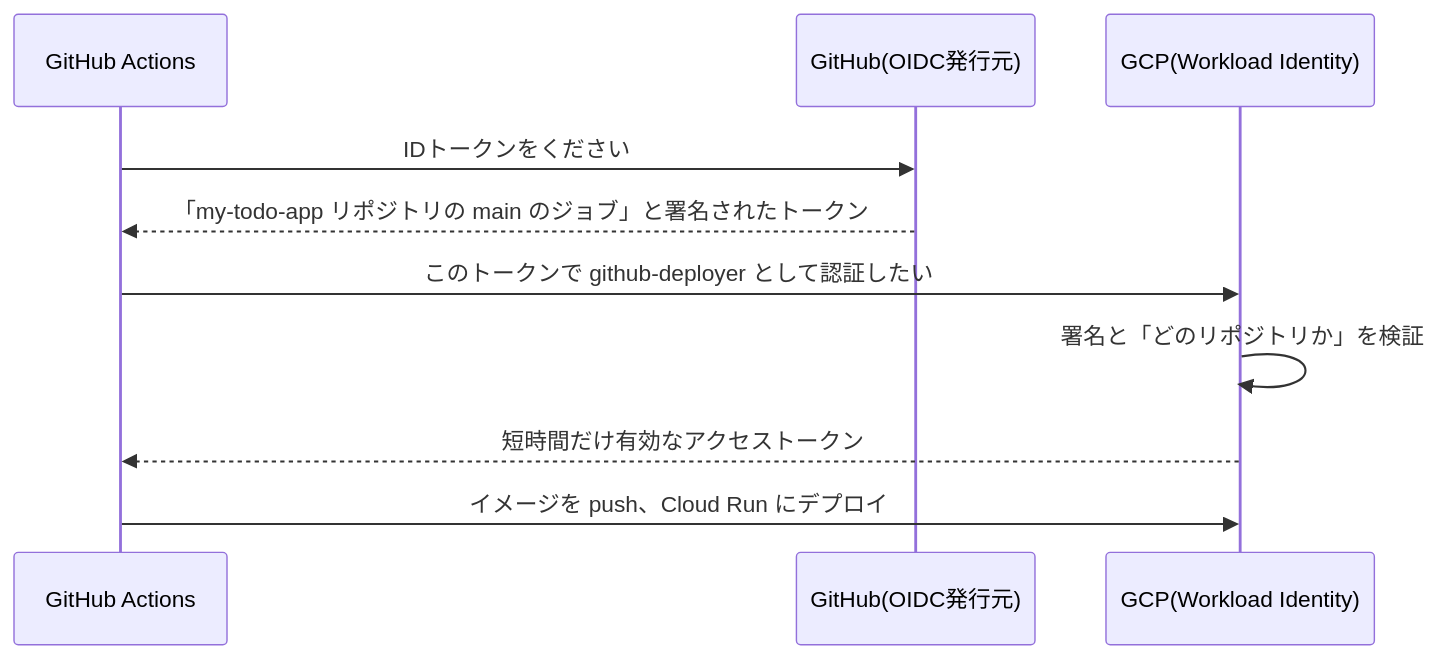
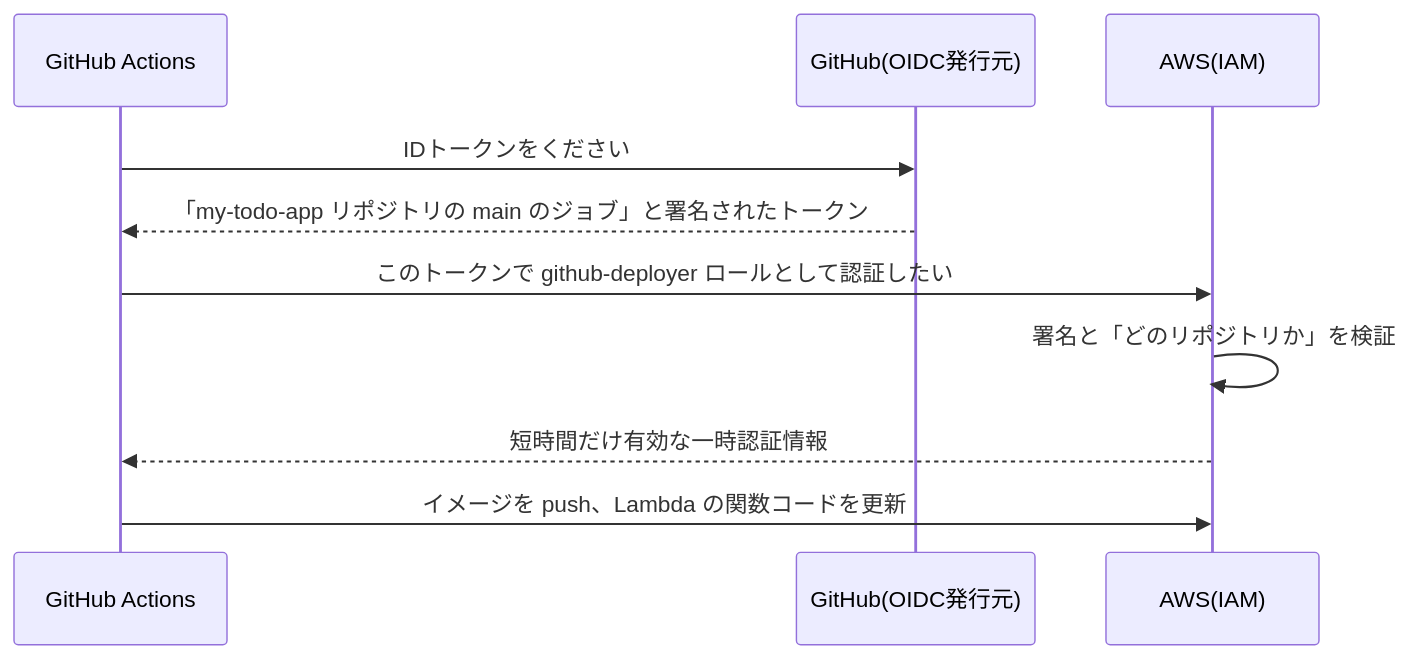
The second of 2 diagrams in phases/phase-12-cd/README.md (NaotoInazawa/become-a-engineer), drawn with Mermaid before and after one commit. The commit also changed other lines of this file and 85 other files, not shown here.

````diff
--- a/phases/phase-12-cd/README.md
+++ b/phases/phase-12-cd/README.md
@@ -44,12 +50,12 @@
 ```mermaid
 sequenceDiagram
     participant GA as GitHub Actions
     participant GH as GitHub(OIDC発行元)
-    participant GCP as GCP(Workload Identity)
+    participant AWS as AWS(IAM)
     GA->>GH: IDトークンをください
     GH-->>GA: 「my-todo-app リポジトリの main のジョブ」と署名されたトークン
-    GA->>GCP: このトークンで github-deployer として認証したい
-    GCP->>GCP: 署名と「どのリポジトリか」を検証
-    GCP-->>GA: 短時間だけ有効なアクセストークン
-    GA->>GCP: イメージを push、Cloud Run にデプロイ
+    GA->>AWS: このトークンで github-deployer ロールとして認証したい
+    AWS->>AWS: 署名と「どのリポジトリか」を検証
+    AWS-->>GA: 短時間だけ有効な一時認証情報
+    GA->>AWS: イメージを push、Lambda の関数コードを更新
 ```
````
